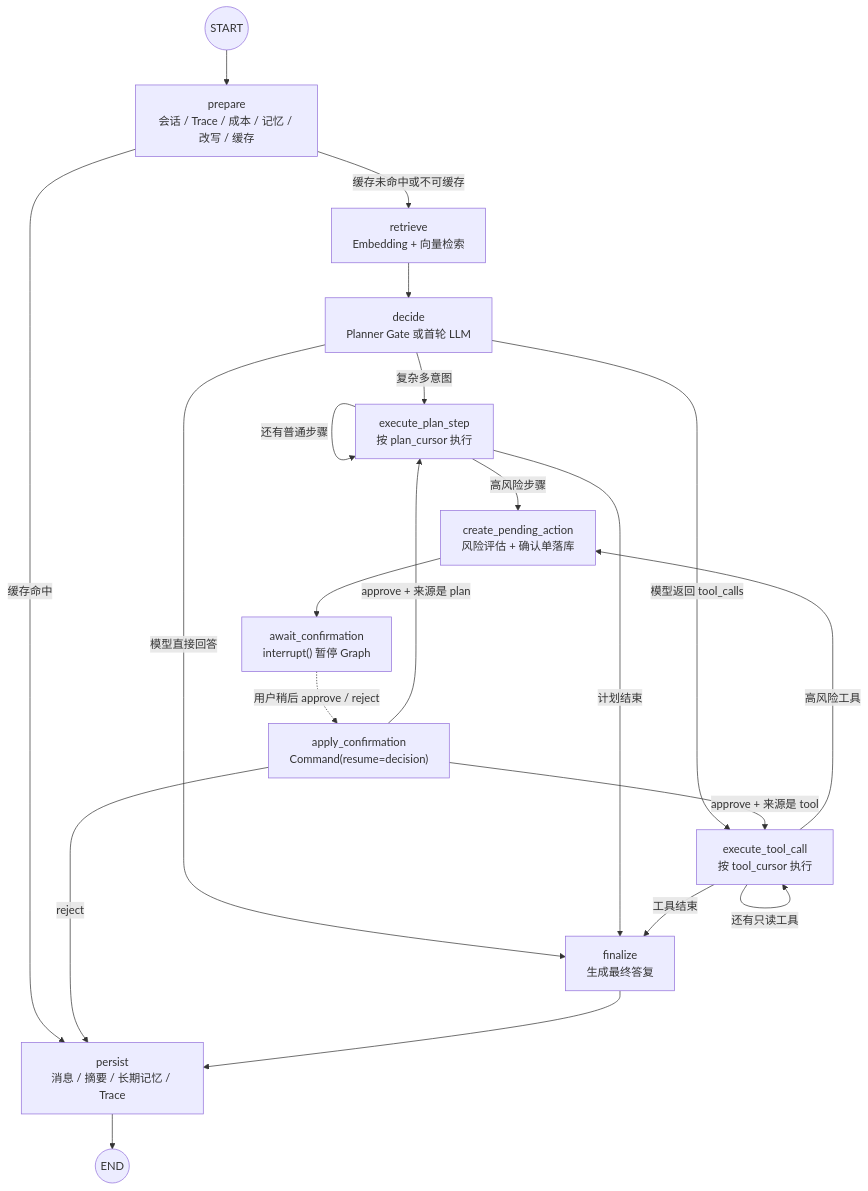
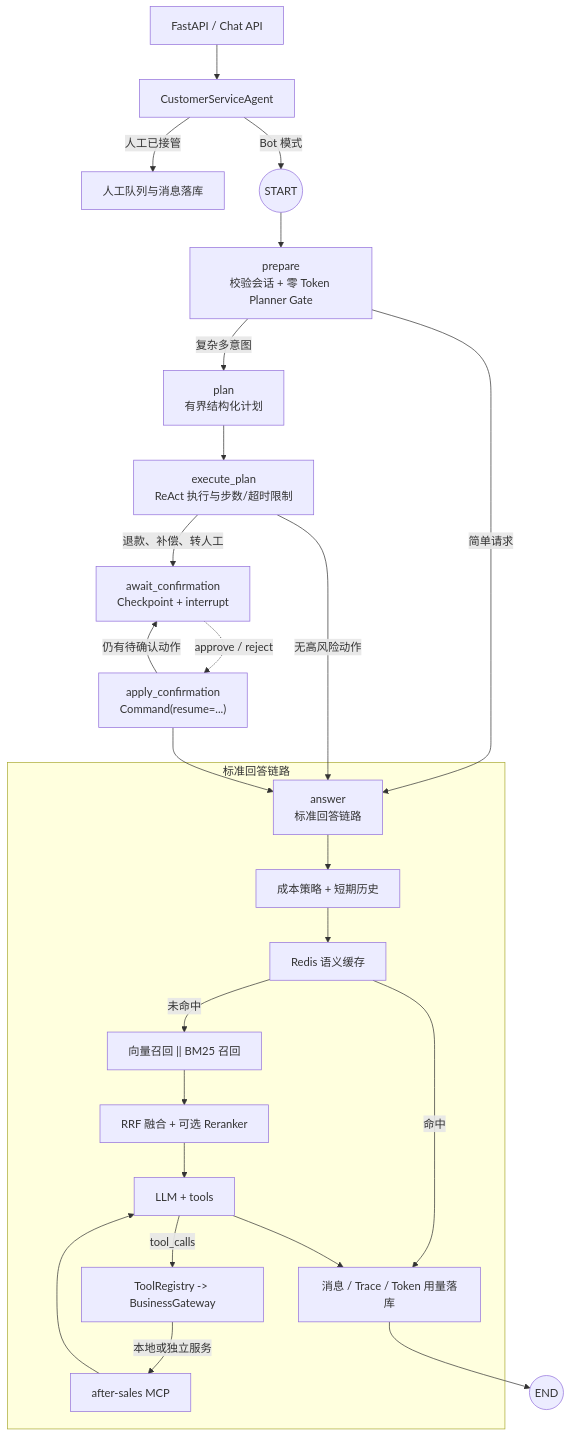
Before and after one commit to iwcdoit/enterprise-customer-service-agent-v2: the diagram in README.md, drawn with Mermaid. The commit also changed other lines of this file and 30 other files, not shown here.

````diff
--- a/README.md
+++ b/README.md
@@ -13,30 +11,29 @@
-``` mermaid
+```mermaid
 flowchart TD
-    START((START)) --> PREPARE["prepare\n会话 / Trace / 成本 / 记忆 / 改写 / 缓存"]
+    API["FastAPI / Chat API"] --> AGENT["CustomerServiceAgent"]
+    AGENT -->|"人工已接管"| HUMAN["人工队列与消息落库"]
+    AGENT -->|"Bot 模式"| START((START))
+    START --> PREPARE["prepare\n校验会话 + 零 Token Planner Gate"]
+    PREPARE -->|"简单请求"| ANSWER["answer\n标准回答链路"]
+    PREPARE -->|"复杂多意图"| PLAN["plan\n有界结构化计划"]
+    PLAN --> EXECUTE["execute_plan\nReAct 执行与步数/超时限制"]
+    EXECUTE -->|"无高风险动作"| ANSWER
+    EXECUTE -->|"退款、补偿、转人工"| INTERRUPT["await_confirmation\nCheckpoint + interrupt"]
+    INTERRUPT -. "approve / reject" .-> RESUME["apply_confirmation\nCommand(resume=...)"]
+    RESUME -->|"仍有待确认动作"| INTERRUPT
+    RESUME --> ANSWER
 
-    PREPARE -->|"缓存命中"| PERSIST["persist\n消息 / 摘要 / 长期记忆 / Trace"]
-    PREPARE -->|"缓存未命中或不可缓存"| RETRIEVE["retrieve\nEmbedding + 向量检索"]
-    RETRIEVE --> DECIDE["decide\nPlanner Gate 或首轮 LLM"]
-
-    DECIDE -->|"复杂多意图"| PLAN["execute_plan_step\n按 plan_cursor 执行"]
-    DECIDE -->|"模型返回 tool_calls"| TOOL["execute_tool_call\n按 tool_cursor 执行"]
-    DECIDE -->|"模型直接回答"| FINALIZE["finalize\n生成最终答复"]
-
-    PLAN -->|"还有普通步骤"| PLAN
-    PLAN -->|"高风险步骤"| PENDING["create_pending_action\n风险评估 + 确认单落库"]
-    PLAN -->|"计划结束"| FINALIZE
-
-    TOOL -->|"还有只读工具"| TOOL
-    TOOL -->|"高风险工具"| PENDING
-    TOOL -->|"工具结束"| FINALIZE
-
-    PENDING --> INTERRUPT["await_confirmation\ninterrupt() 暂停 Graph"]
-    INTERRUPT -. "用户稍后 approve / reject" .-> RESUME["apply_confirmation\nCommand(resume=decision)"]
-
-    RESUME -->|"approve + 来源是 plan"| PLAN
-    RESUME -->|"approve + 来源是 tool"| TOOL
-    RESUME -->|"reject"| PERSIST
-
-    FINALIZE --> PERSIST
+    subgraph TURN["标准回答链路"]
+      ANSWER --> COST["成本策略 + 短期历史"]
+      COST --> CACHE["Redis 语义缓存"]
+      CACHE -->|"命中"| PERSIST
+      CACHE -->|"未命中"| RETRIEVE["向量召回 || BM25 召回"]
+      RETRIEVE --> FUSION["RRF 融合 + 可选 Reranker"]
+      FUSION --> LLM["LLM + tools"]
+      LLM -->|"tool_calls"| GATEWAY["ToolRegistry -> BusinessGateway"]
+      GATEWAY -->|"本地或独立服务"| MCP["after-sales MCP"]
+      MCP --> LLM
+      LLM --> PERSIST["消息 / Trace / Token 用量落库"]
+    end
     PERSIST --> END((END))
 ```
````
